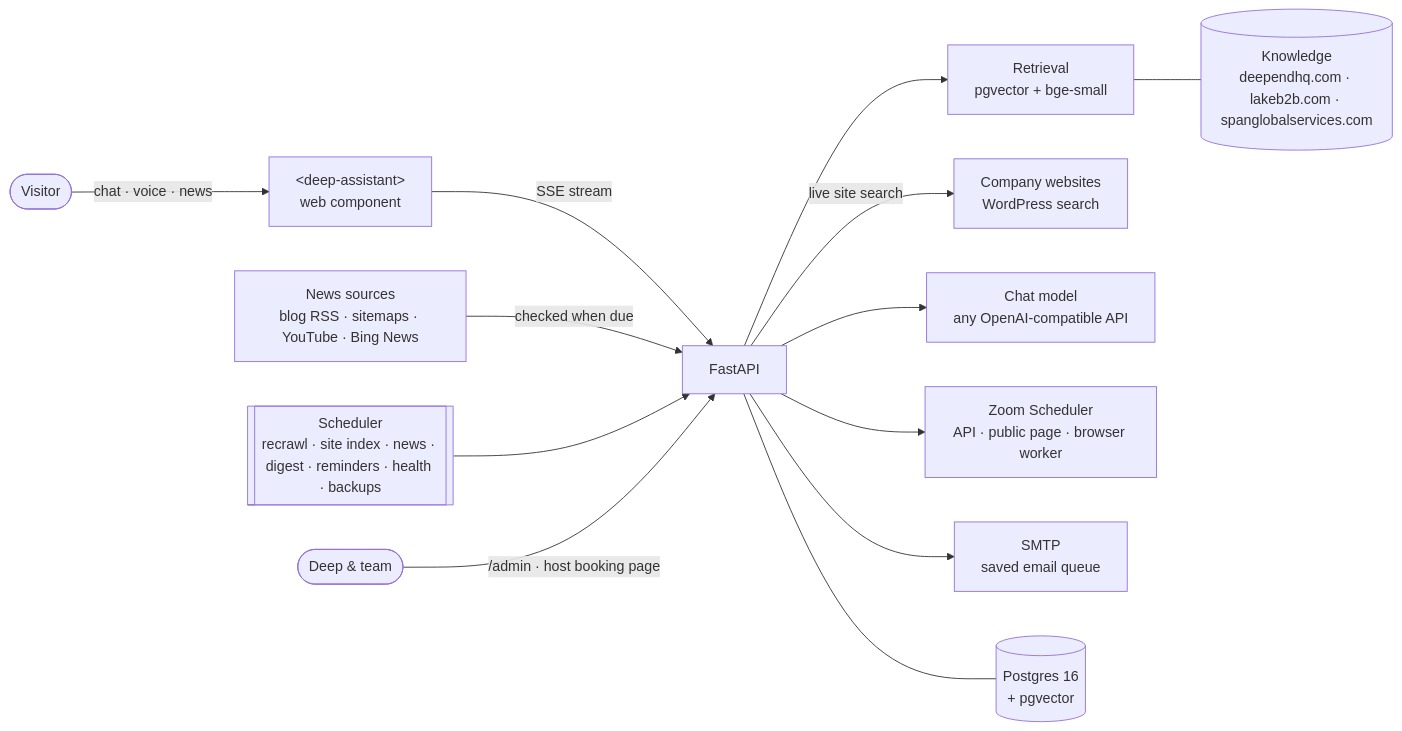
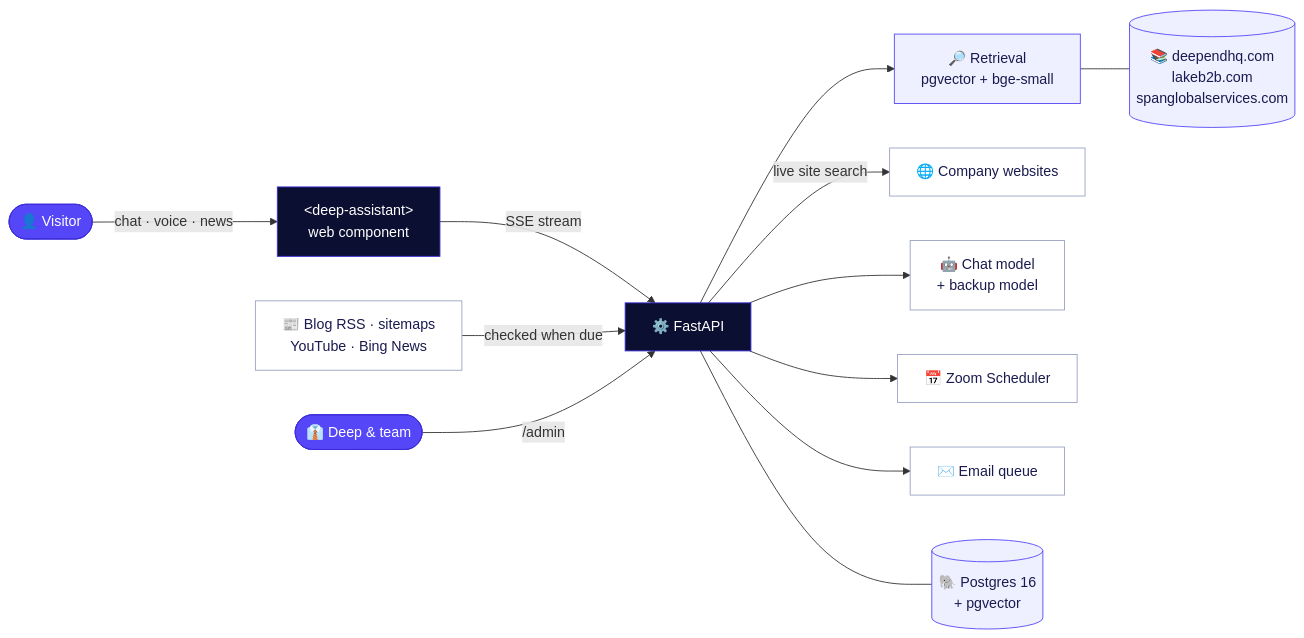
The diagram in README.md (ajaykarthikpogula0101/deep-agent), drawn with Mermaid before and after one commit. The commit also changed other lines of this file and 1 other file, not shown here.

````diff
--- a/README.md
+++ b/README.md
@@ -87,15 +151,23 @@
 ```mermaid
 flowchart LR
-    V([Visitor]) -->|chat · voice · news| W["&lt;deep-assistant&gt;<br/>web component"]
-    W -->|SSE stream| API[FastAPI]
-    API --> R[Retrieval<br/>pgvector + bge-small]
-    R --- KB[(Knowledge<br/>deependhq.com · lakeb2b.com · spanglobalservices.com)]
-    API -->|live site search| WP[Company websites<br/>WordPress search]
-    API --> L[Chat model<br/>any OpenAI-compatible API]
-    API --> Z[Zoom Scheduler<br/>API · public page · browser worker]
-    API --> M[SMTP<br/>saved email queue]
-    NW[News sources<br/>blog RSS · sitemaps · YouTube · Bing News] -->|checked when due| API
-    C[[Scheduler<br/>recrawl · site index · news · digest · reminders · health · backups]] --> API
-    API --- DB[(Postgres 16<br/>+ pgvector)]
-    D([Deep & team]) -->|/admin · host booking page| API
+    V([👤 Visitor]) -->|chat · voice · news| W["&lt;deep-assistant&gt;<br/>web component"]
+    W -->|SSE stream| API[⚙️ FastAPI]
+    API --> R[🔎 Retrieval<br/>pgvector + bge-small]
+    R --- KB[(📚 deependhq.com<br/>lakeb2b.com<br/>spanglobalservices.com)]
+    API -->|live site search| WP[🌐 Company websites]
+    API --> L[🤖 Chat model<br/>+ backup model]
+    API --> Z[📅 Zoom Scheduler]
+    API --> M[✉️ Email queue]
+    NW[📰 Blog RSS · sitemaps<br/>YouTube · Bing News] -->|checked when due| API
+    API --- DB[(🐘 Postgres 16<br/>+ pgvector)]
+    D([👔 Deep & team]) -->|/admin| API
+
+    classDef you fill:#5546F7,stroke:#3B2BD9,color:#fff
+    classDef core fill:#0B1033,stroke:#3B2BD9,color:#fff
+    classDef data fill:#EEF0FF,stroke:#5546F7,color:#1A1A4E
+    classDef ext fill:#fff,stroke:#9AA0C3,color:#1A1A4E
+    class V,D you
+    class W,API core
+    class R,KB,DB data
+    class WP,L,Z,M,NW ext
 ```
````
